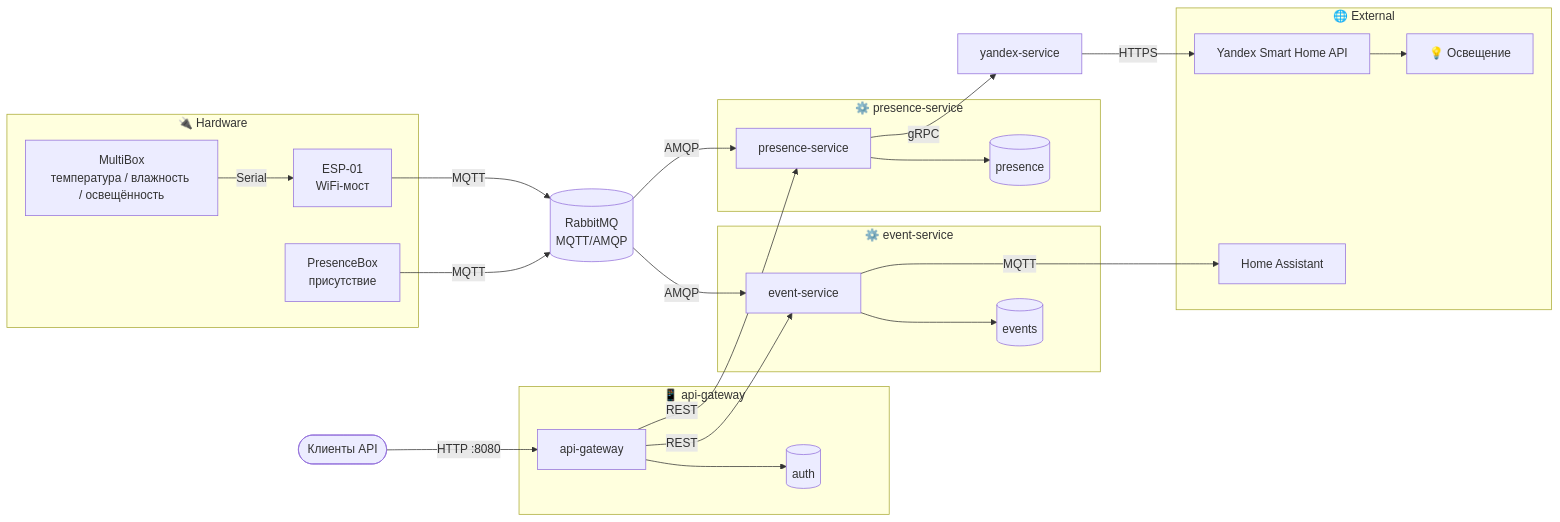
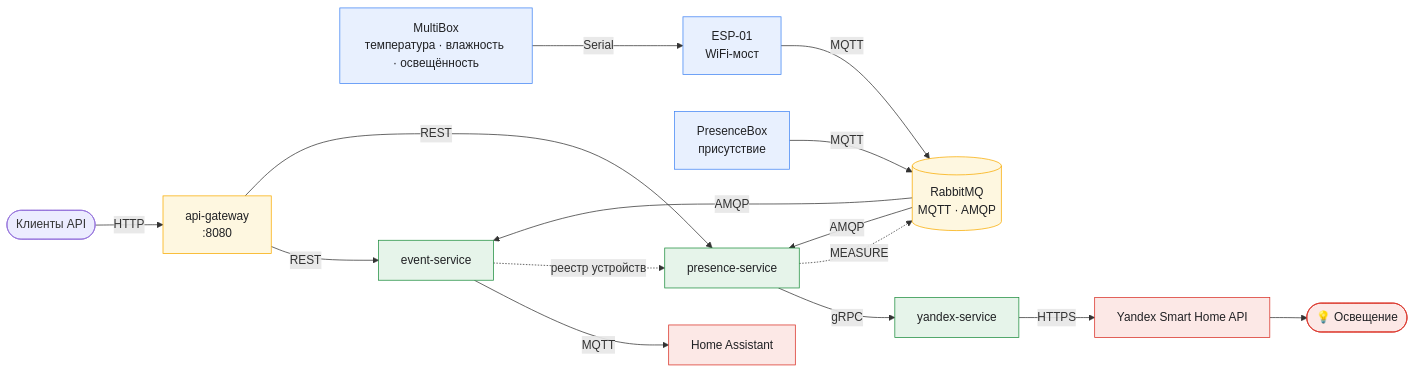
Before and after one commit to JohnnyNovac/home-sweet-home: the diagram in README.md, drawn with Mermaid. The commit also changed other lines of this file and 4 other files, not shown here.

````diff
--- a/README.md
+++ b/README.md
@@ -11,51 +11,43 @@
 ```mermaid
 flowchart LR
     CLIENT([Клиенты API])
+    MB[MultiBox<br/>температура · влажность · освещённость]
+    ESP[ESP-01<br/>WiFi-мост]
+    PB[PresenceBox<br/>присутствие]
+    GW[api-gateway<br/>:8080]
+    BROKER[(RabbitMQ<br/>MQTT · AMQP)]
+    ES[event-service]
+    PS[presence-service]
+    HA[Home Assistant]
+    YS[yandex-service]
+    YAPI[Yandex Smart Home API]
+    LIGHT([💡 Освещение])
 
-    subgraph Gateway["📱 api-gateway"]
-        GW[api-gateway]
-        DBA[(auth)]
-        GW --> DBA
-    end
-
-    subgraph Hardware["🔌 Hardware"]
-        MB[MultiBox<br/>температура / влажность / освещённость]
-        ESP[ESP-01<br/>WiFi-мост]
-        PB[PresenceBox<br/>присутствие]
-        MB -->|Serial| ESP
-    end
-
-    BROKER[(RabbitMQ<br/>MQTT/AMQP)]
-
-    subgraph EventSvc["⚙️ event-service"]
-        ES[event-service]
-        DBE[(events)]
-        ES --> DBE
-    end
-
-    subgraph PresenceSvc["⚙️ presence-service"]
-        PS[presence-service]
-        DBP[(presence)]
-        PS --> DBP
-    end
-
-    subgraph External["🌐 External"]
-        HA[Home Assistant]
-        YAPI[Yandex Smart Home API]
-        LIGHTNING[💡 Освещение]
-    end
-
-    YS[yandex-service]
-
-    CLIENT -->|HTTP :8080| GW
+    %% поток данных
+    MB -->|Serial| ESP
     ESP -->|MQTT| BROKER
     PB -->|MQTT| BROKER
     BROKER -->|AMQP| ES
     BROKER -->|AMQP| PS
+    CLIENT -->|HTTP| GW
     GW -->|REST| ES
     GW -->|REST| PS
     ES -->|MQTT| HA
     PS -->|gRPC| YS
     YS -->|HTTPS| YAPI
-    YAPI --> LIGHTNING
+    YAPI --> LIGHT
+
+    %% плоскость управления
+    ES -. реестр устройств .-> PS
+    PS -. MEASURE .-> BROKER
+
+    classDef hw fill:#e8f0fe,stroke:#4285f4,color:#202124;
+    classDef infra fill:#fef7e0,stroke:#f9ab00,color:#202124;
+    classDef svc fill:#e6f4ea,stroke:#1e8e3e,color:#202124;
+    classDef ext fill:#fce8e6,stroke:#d93025,color:#202124;
+
+    class MB,ESP,PB hw
+    class BROKER,GW infra
+    class ES,PS,YS svc
+    class HA,YAPI,LIGHT ext
 ```
````
